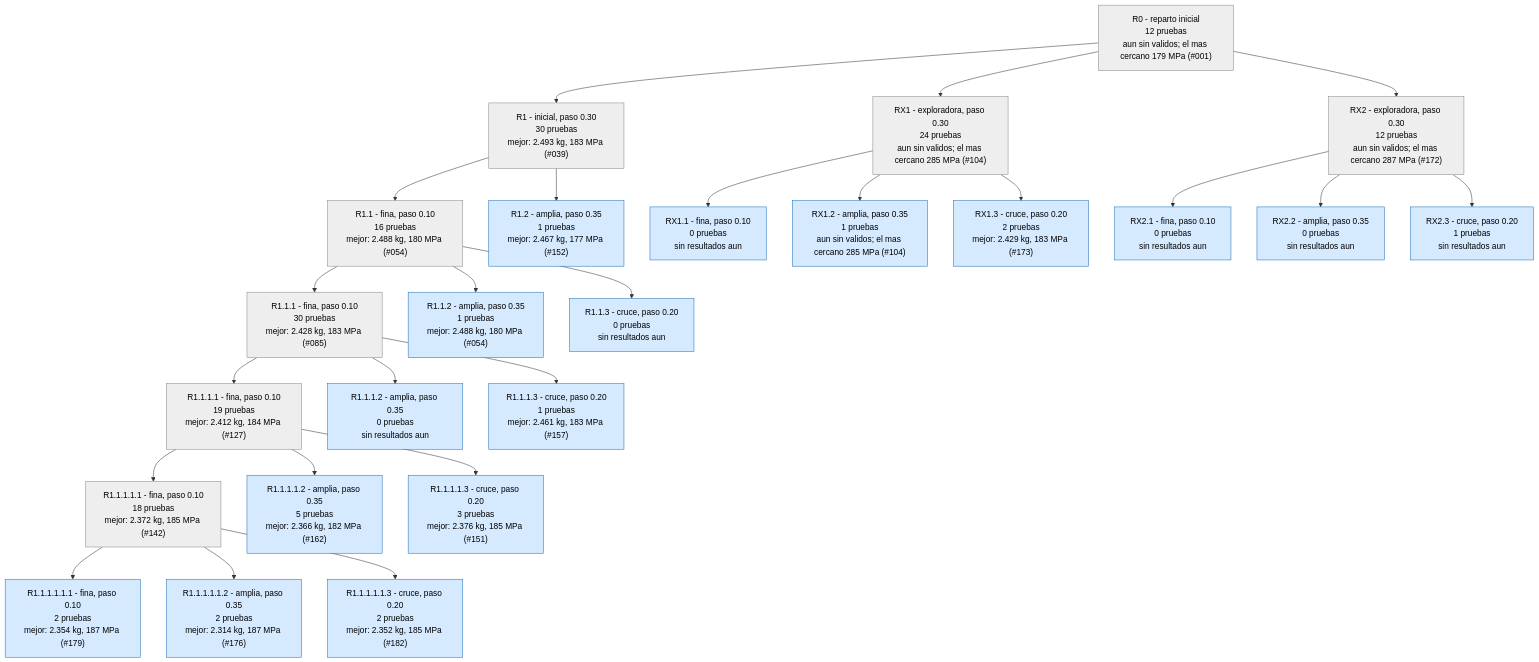
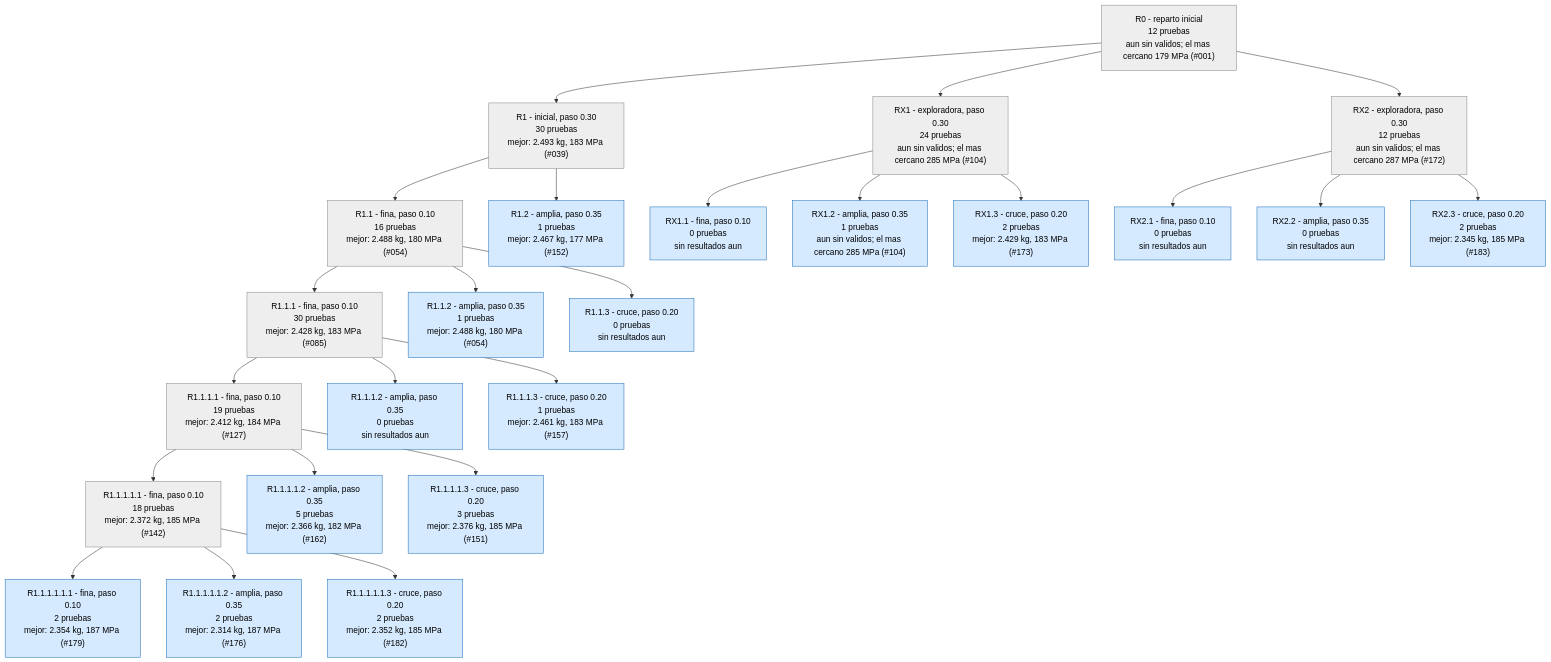
The second of 4 diagrams in runs/opt_37800N/ARBOL.md (Hugiko/msd-soporte-optimizacion), drawn with Mermaid before and after one commit. The commit also changed 22 other files, not shown here.

````diff
--- a/runs/opt_37800N/ARBOL.md
+++ b/runs/opt_37800N/ARBOL.md
@@ -41,53 +41,53 @@
 ```mermaid
 graph TD
 classDef activa fill:#d6eaff,stroke:#1f6fb5,color:#000
 classDef fin fill:#eeeeee,stroke:#888,color:#000
 classDef mejor fill:#c8f0c0,stroke:#1a9850,stroke-width:4px,color:#000
 R0["R0 - reparto inicial<br/>12 pruebas<br/>aun sin validos; el mas cercano 179 MPa (#001)"]:::fin
 R1["R1 - inicial, paso 0.30<br/>30 pruebas<br/>mejor: 2.493 kg, 183 MPa (#039)"]:::fin
 R0 --> R1
 R1_1["R1.1 - fina, paso 0.10<br/>16 pruebas<br/>mejor: 2.488 kg, 180 MPa (#054)"]:::fin
 R1 --> R1_1
 R1_2["R1.2 - amplia, paso 0.35<br/>1 pruebas<br/>mejor: 2.467 kg, 177 MPa (#152)"]:::activa
 R1 --> R1_2
 R1_1_1["R1.1.1 - fina, paso 0.10<br/>30 pruebas<br/>mejor: 2.428 kg, 183 MPa (#085)"]:::fin
 R1_1 --> R1_1_1
 R1_1_2["R1.1.2 - amplia, paso 0.35<br/>1 pruebas<br/>mejor: 2.488 kg, 180 MPa (#054)"]:::activa
 R1_1 --> R1_1_2
 R1_1_3["R1.1.3 - cruce, paso 0.20<br/>0 pruebas<br/>sin resultados aun"]:::activa
 R1_1 --> R1_1_3
 R1_1_1_1["R1.1.1.1 - fina, paso 0.10<br/>19 pruebas<br/>mejor: 2.412 kg, 184 MPa (#127)"]:::fin
 R1_1_1 --> R1_1_1_1
 R1_1_1_2["R1.1.1.2 - amplia, paso 0.35<br/>0 pruebas<br/>sin resultados aun"]:::activa
 R1_1_1 --> R1_1_1_2
 R1_1_1_3["R1.1.1.3 - cruce, paso 0.20<br/>1 pruebas<br/>mejor: 2.461 kg, 183 MPa (#157)"]:::activa
 R1_1_1 --> R1_1_1_3
 RX1["RX1 - exploradora, paso 0.30<br/>24 pruebas<br/>aun sin validos; el mas cercano 285 MPa (#104)"]:::fin
 R0 --> RX1
 RX1_1["RX1.1 - fina, paso 0.10<br/>0 pruebas<br/>sin resultados aun"]:::activa
 RX1 --> RX1_1
 RX1_2["RX1.2 - amplia, paso 0.35<br/>1 pruebas<br/>aun sin validos; el mas cercano 285 MPa (#104)"]:::activa
 RX1 --> RX1_2
 RX1_3["RX1.3 - cruce, paso 0.20<br/>2 pruebas<br/>mejor: 2.429 kg, 183 MPa (#173)"]:::activa
 RX1 --> RX1_3
 R1_1_1_1_1["R1.1.1.1.1 - fina, paso 0.10<br/>18 pruebas<br/>mejor: 2.372 kg, 185 MPa (#142)"]:::fin
 R1_1_1_1 --> R1_1_1_1_1
 R1_1_1_1_2["R1.1.1.1.2 - amplia, paso 0.35<br/>5 pruebas<br/>mejor: 2.366 kg, 182 MPa (#162)"]:::activa
 R1_1_1_1 --> R1_1_1_1_2
 R1_1_1_1_3["R1.1.1.1.3 - cruce, paso 0.20<br/>3 pruebas<br/>mejor: 2.376 kg, 185 MPa (#151)"]:::activa
 R1_1_1_1 --> R1_1_1_1_3
 R1_1_1_1_1_1["R1.1.1.1.1.1 - fina, paso 0.10<br/>2 pruebas<br/>mejor: 2.354 kg, 187 MPa (#179)"]:::activa
 R1_1_1_1_1 --> R1_1_1_1_1_1
 R1_1_1_1_1_2["R1.1.1.1.1.2 - amplia, paso 0.35<br/>2 pruebas<br/>mejor: 2.314 kg, 187 MPa (#176)"]:::activa
 R1_1_1_1_1 --> R1_1_1_1_1_2
 R1_1_1_1_1_3["R1.1.1.1.1.3 - cruce, paso 0.20<br/>2 pruebas<br/>mejor: 2.352 kg, 185 MPa (#182)"]:::activa
 R1_1_1_1_1 --> R1_1_1_1_1_3
 RX2["RX2 - exploradora, paso 0.30<br/>12 pruebas<br/>aun sin validos; el mas cercano 287 MPa (#172)"]:::fin
 R0 --> RX2
 RX2_1["RX2.1 - fina, paso 0.10<br/>0 pruebas<br/>sin resultados aun"]:::activa
 RX2 --> RX2_1
 RX2_2["RX2.2 - amplia, paso 0.35<br/>0 pruebas<br/>sin resultados aun"]:::activa
 RX2 --> RX2_2
-RX2_3["RX2.3 - cruce, paso 0.20<br/>1 pruebas<br/>sin resultados aun"]:::activa
+RX2_3["RX2.3 - cruce, paso 0.20<br/>2 pruebas<br/>mejor: 2.345 kg, 185 MPa (#183)"]:::activa
 RX2 --> RX2_3
 ```
````
